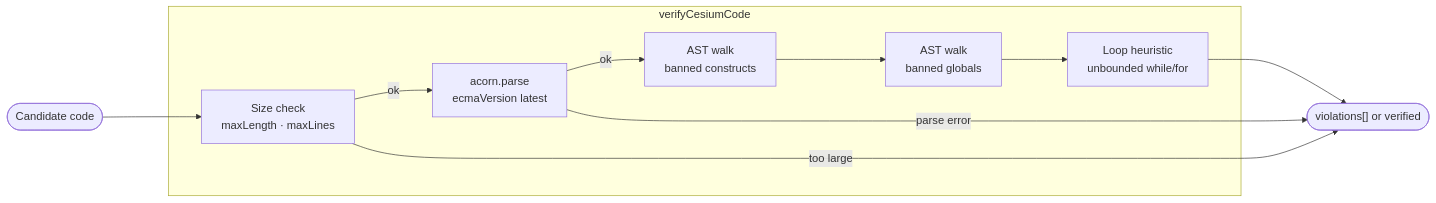
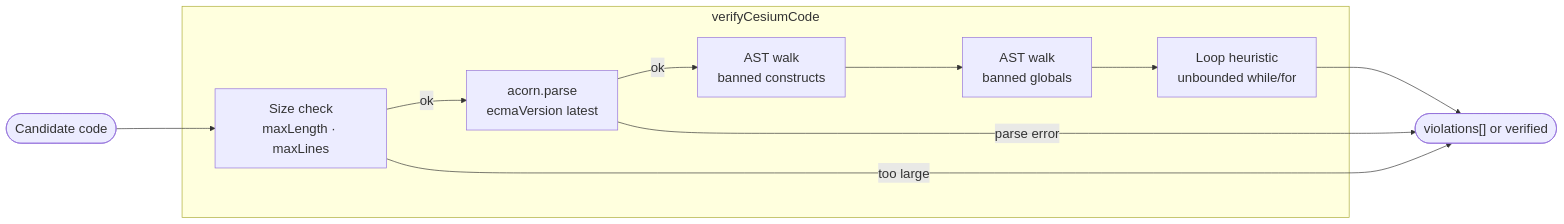
One commit to CesiumGS/cesiumjs-ai-starter-app changed the second of 3 diagrams in docs/tutorials/codegen-pipeline.md. Above: the diagram before and after it, drawn with Mermaid. The commit also changed other lines of this file and 21 other files, not shown here.

````diff
--- a/docs/tutorials/codegen-pipeline.md
+++ b/docs/tutorials/codegen-pipeline.md
@@ -122,20 +123,20 @@
 ```mermaid
-%%{init: {'flowchart': {'nodeSpacing': 60, 'rankSpacing': 100}, 'themeVariables': {'fontSize': '17px'}}}%%
+%%{init: {'flowchart': {'nodeSpacing': 60, 'rankSpacing': 100}, 'themeVariables': {'fontSize': '20px'}}}%%
 flowchart LR
     subgraph Verifier["verifyCesiumCode"]
         SZ["Size check<br/>maxLength · maxLines"]
         PA["acorn.parse<br/>ecmaVersion latest"]
         BN["AST walk<br/>banned constructs"]
         GL["AST walk<br/>banned globals"]
         LO["Loop heuristic<br/>unbounded while/for"]
     end
 
     code([Candidate code]) --> SZ
     SZ -- ok --> PA
     PA -- ok --> BN
     BN --> GL
     GL --> LO
     LO --> result(["violations[] or verified"])
     PA -- "parse error" --> result
     SZ -- "too large" --> result
 ```
````
